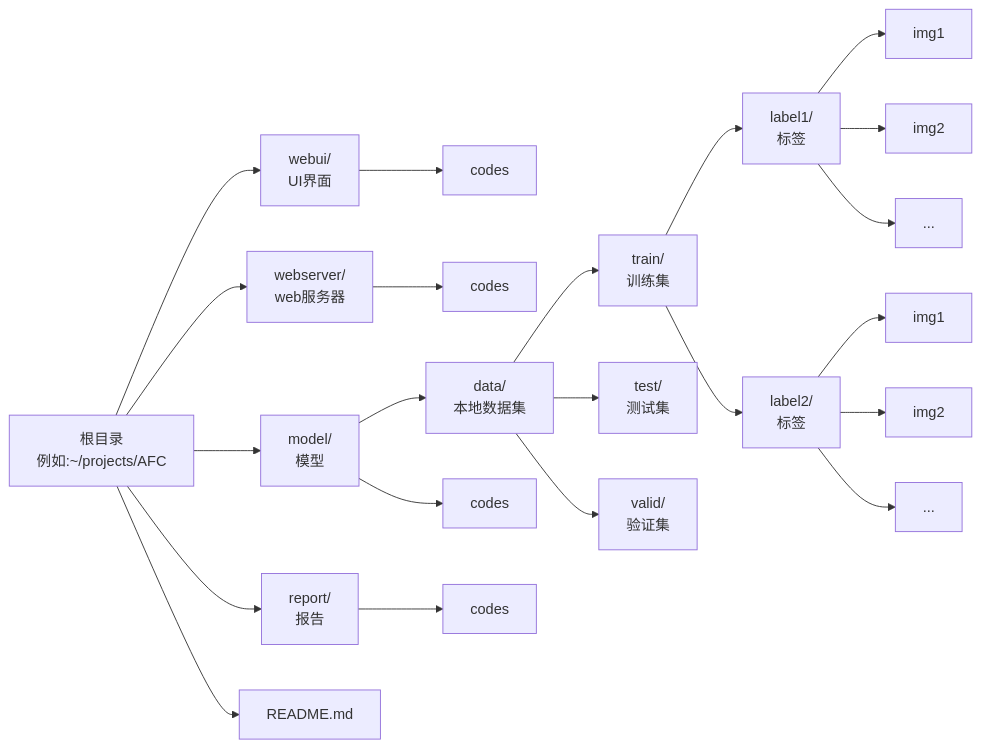
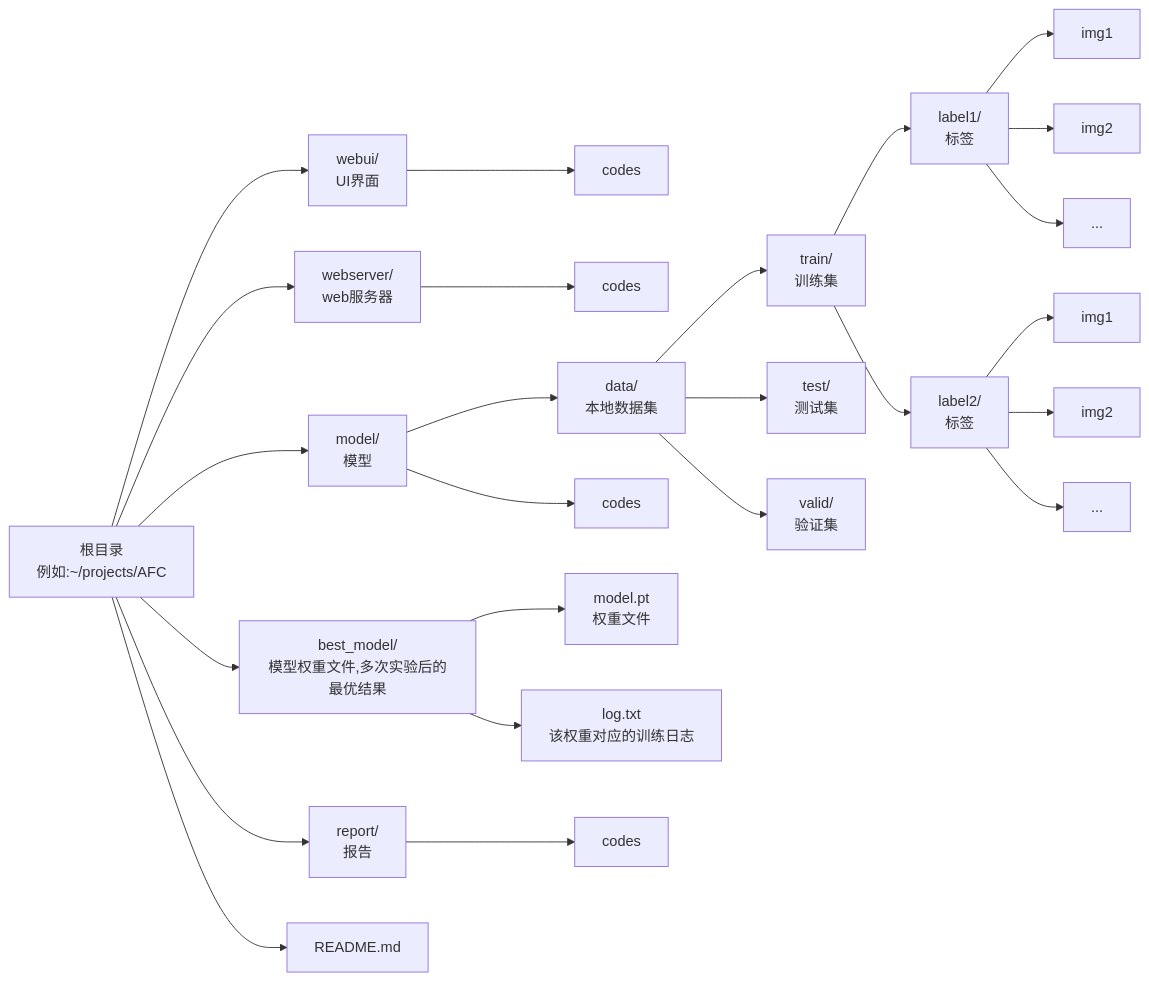
Before and after one commit to NH-5/AFC: the diagram in README.md, drawn with Mermaid. The commit also changed other lines of this file, not shown here.

Commit message:
update README to add best model directory structure

````diff
--- a/README.md
+++ b/README.md
@@ -106,33 +109,37 @@
 ```mermaid
 graph LR
     Root[根目录<br/>例如:~/projects/AFC]
     
     Root --> WebUI[webui/<br/>UI界面]
     Root --> WebServer[webserver/<br/>web服务器]
     Root --> Model[model/<br/>模型]
+    Root --> Best_Model[best_model/<br/>模型权重文件,多次实验后的最优结果]
     Root --> Report[report/<br/>报告]
     Root --> README[README.md]
     
     WebUI --> WebUICode[codes]
     
     WebServer --> WebServerCode[codes]
     
     Model --> Data[data/<br/>本地数据集]
     Model --> ModelCode[codes]
     
     Data --> Train[train/<br/>训练集]
     Data --> Test[test/<br/>测试集]
     Data --> Valid[valid/<br/>验证集]
     Train --> Label1[label1/<br/>标签]
     Train --> Label2[label2/<br/>标签]
     
     Label1 --> Img1_1[img1]
     Label1 --> Img1_2[img2]
     Label1 --> Img1_Dots[...]
     
     Label2 --> Img2_1[img1]
     Label2 --> Img2_2[img2]
     Label2 --> Img2_Dots[...]
+
+    Best_Model --> Tensor[model.pt<br/>权重文件]
+    Best_Model --> Logs[log.txt<br/>该权重对应的训练日志]
     
     Report --> ReportCode[codes]
 ```
````
